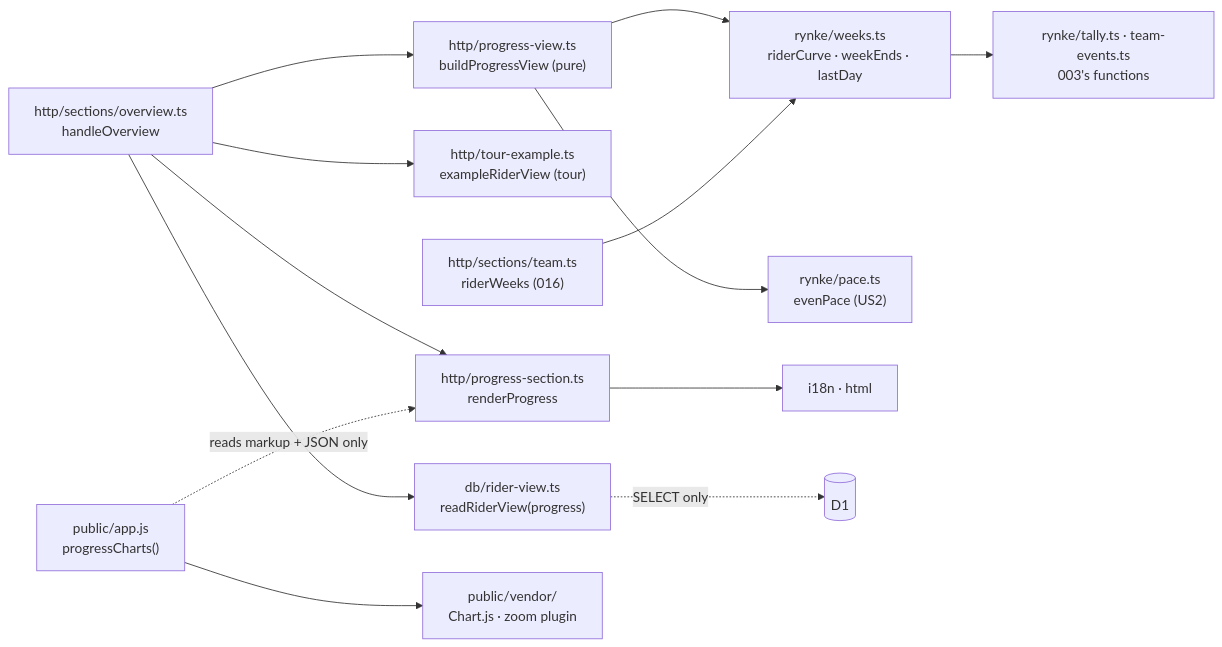
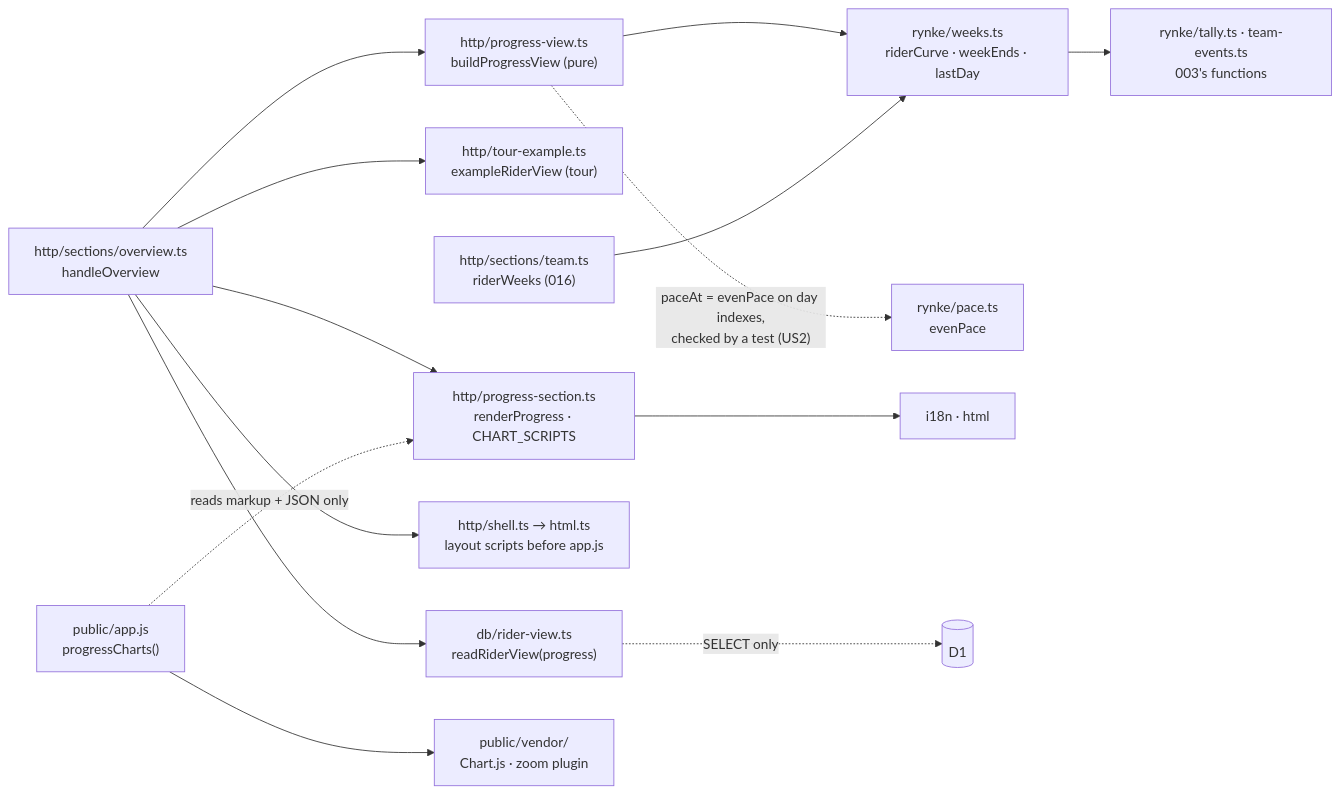
One commit to SaSteffen/RynkePoints changed the first of 6 diagrams in specs/009-rider-progress-charts/plan.md. Above: the diagram before and after it, drawn with Mermaid. The commit also changed other lines of this file and 6 other files, not shown here.

````diff
--- a/specs/009-rider-progress-charts/plan.md
+++ b/specs/009-rider-progress-charts/plan.md
@@ -209,15 +213,16 @@
 ```mermaid
 flowchart LR
     ov["http/sections/overview.ts<br/>handleOverview"] --> read["db/rider-view.ts<br/>readRiderView(progress)"]
     ov --> ex["http/tour-example.ts<br/>exampleRiderView (tour)"]
     ov --> pview["http/progress-view.ts<br/>buildProgressView (pure)"]
-    ov --> psec["http/progress-section.ts<br/>renderProgress"]
+    ov --> psec["http/progress-section.ts<br/>renderProgress · CHART_SCRIPTS"]
+    ov --> shell["http/shell.ts → html.ts<br/>layout scripts before app.js"]
     pview --> weeks["rynke/weeks.ts<br/>riderCurve · weekEnds · lastDay"]
-    pview --> pace["rynke/pace.ts<br/>evenPace (US2)"]
+    pview -. "paceAt = evenPace on day indexes,<br/>checked by a test (US2)" .-> pace["rynke/pace.ts<br/>evenPace"]
     weeks --> tally["rynke/tally.ts · team-events.ts<br/>003's functions"]
     team["http/sections/team.ts<br/>riderWeeks (016)"] --> weeks
     psec --> i18n["i18n · html"]
     app["public/app.js<br/>progressCharts()"] -. "reads markup + JSON only" .-> psec
     app --> lib["public/vendor/<br/>Chart.js · zoom plugin"]
     read -. "SELECT only" .-> d1[("D1")]
 ```
````
